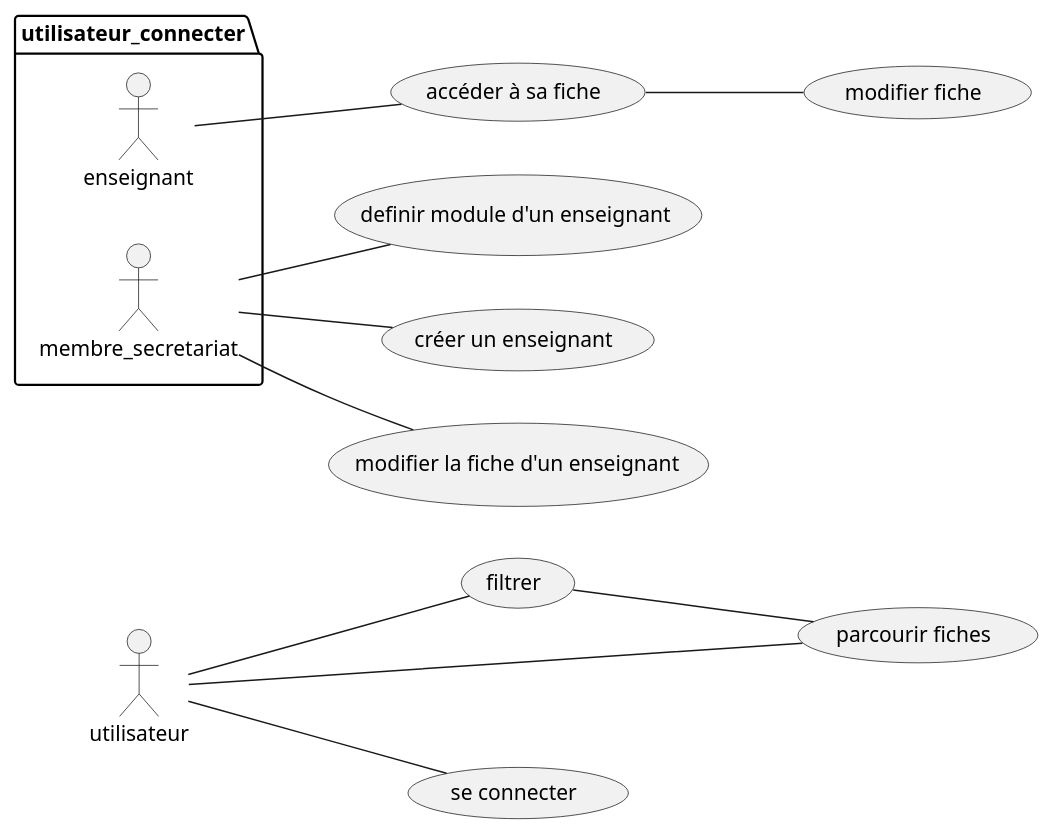
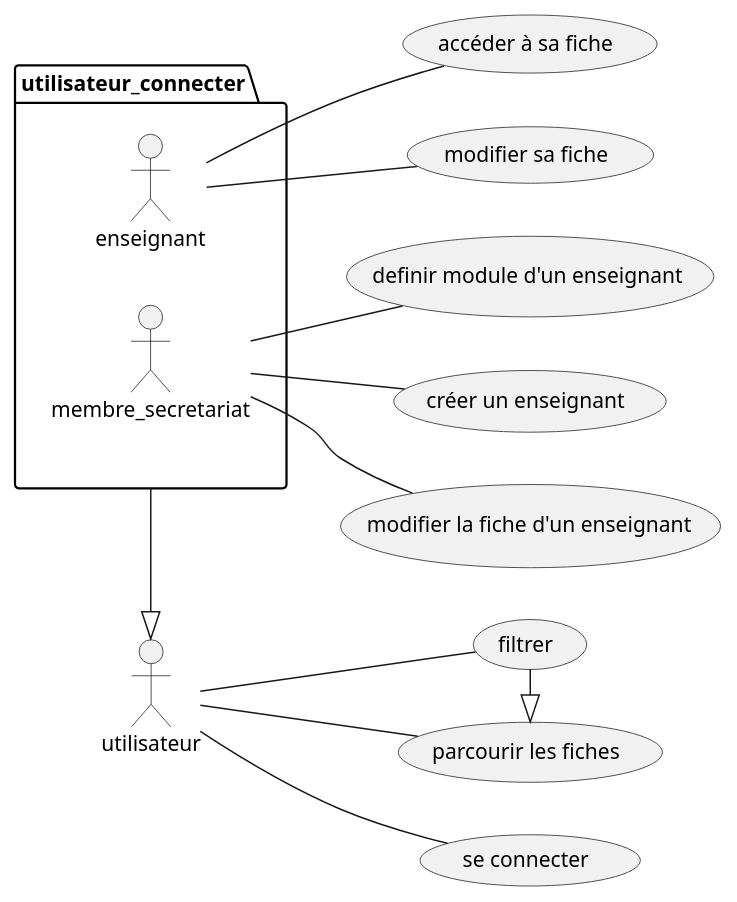
Before and after one commit to IUT-Blagnac/bcoo-retro2021-bcoo-retro2021-g14: the diagram in analyse/projet/usecase/cas-d'utilisation-analyse_conception.wsd, drawn with PlantUML.

```diff
--- a/analyse/projet/usecase/cas-d'utilisation-analyse_conception.wsd
+++ b/analyse/projet/usecase/cas-d'utilisation-analyse_conception.wsd
@@ -1,35 +1,38 @@
 @startuml
 left to right direction
 
 :utilisateur:
 package utilisateur_connecter{
 :enseignant:
 :membre_secretariat:
 }
 
 usecase filtre as "filtrer"
 usecase acfiche as "accéder à sa fiche"
-usecase modif as "modifier fiche"
-usecase parc as "parcourir fiches"
+usecase modif as "modifier sa fiche"
+usecase parc as "parcourir les fiches"
 usecase def as "definir module d'un enseignant"
 usecase co as "se connecter"
 usecase create as "créer un enseignant"
 usecase modifen as "modifier la fiche d'un enseignant"
 
 utilisateur -- parc
 utilisateur -- filtre
 utilisateur -- co
 
 enseignant -- acfiche
 
 membre_secretariat -- modifen
 membre_secretariat -- def
 membre_secretariat -- create
 
-filtre -- parc
+filtre -|> parc
 
-acfiche -- modif
+enseignant -- modif
+
+utilisateur_connecter -|> utilisateur
+
 
 
 
 @enduml
```
